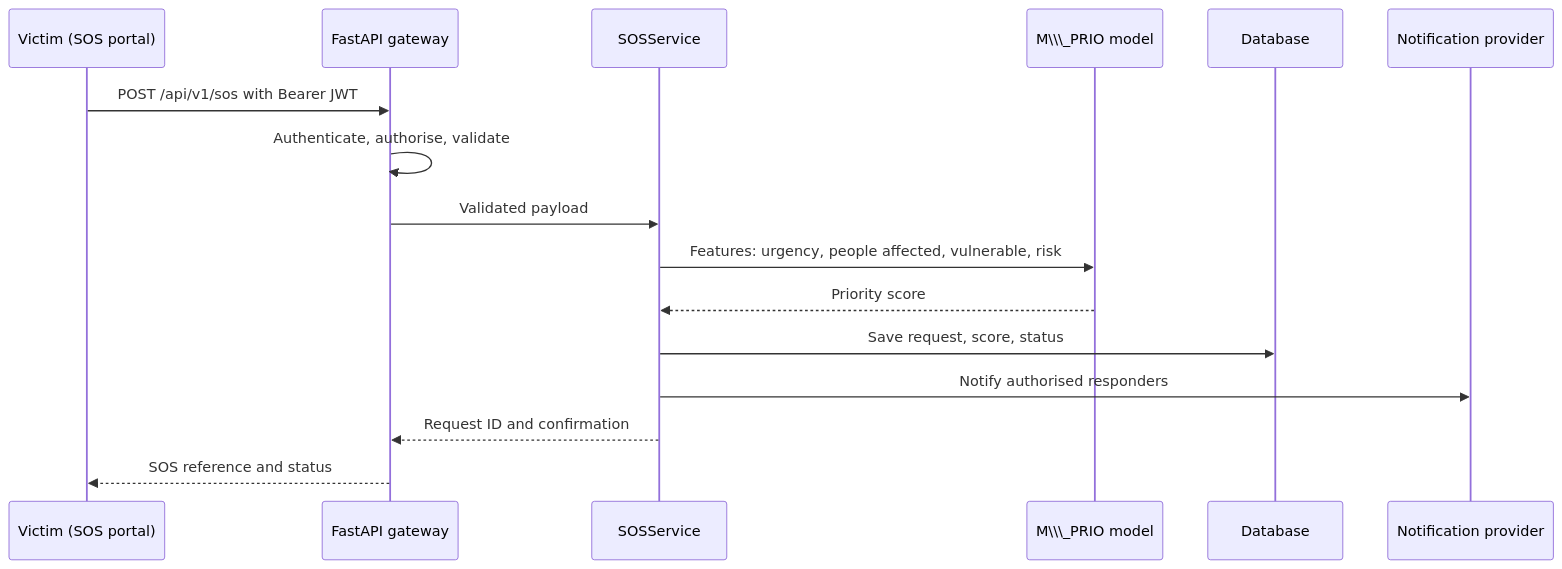
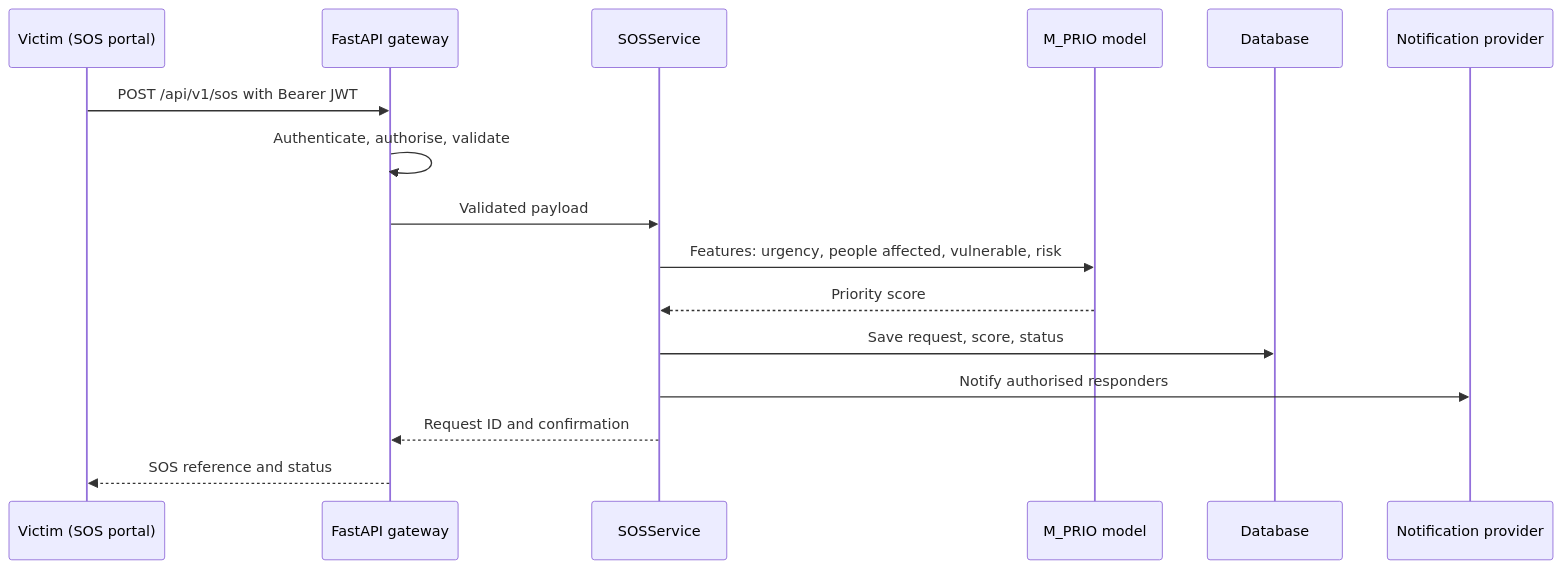
One commit to kavithaniwandi/R26-IT-047 changed the third of 4 diagrams in docs/README.md. Above: the diagram before and after it, drawn with Mermaid. The commit also changed other lines of this file, not shown here.

````diff
--- a/docs/README.md
+++ b/docs/README.md
@@ -170,19 +170,19 @@
 ```mermaid
 sequenceDiagram
     participant U as Victim (SOS portal)
     participant API as FastAPI gateway
     participant S as SOSService
-    participant M as M\\\_PRIO model
+    participant M as M_PRIO model
     participant DB as Database
     participant N as Notification provider
 
     U->>API: POST /api/v1/sos with Bearer JWT
     API->>API: Authenticate, authorise, validate
     API->>S: Validated payload
     S->>M: Features: urgency, people affected, vulnerable, risk
     M-->>S: Priority score
     S->>DB: Save request, score, status
     S->>N: Notify authorised responders
     S-->>API: Request ID and confirmation
     API-->>U: SOS reference and status
 ```
````
